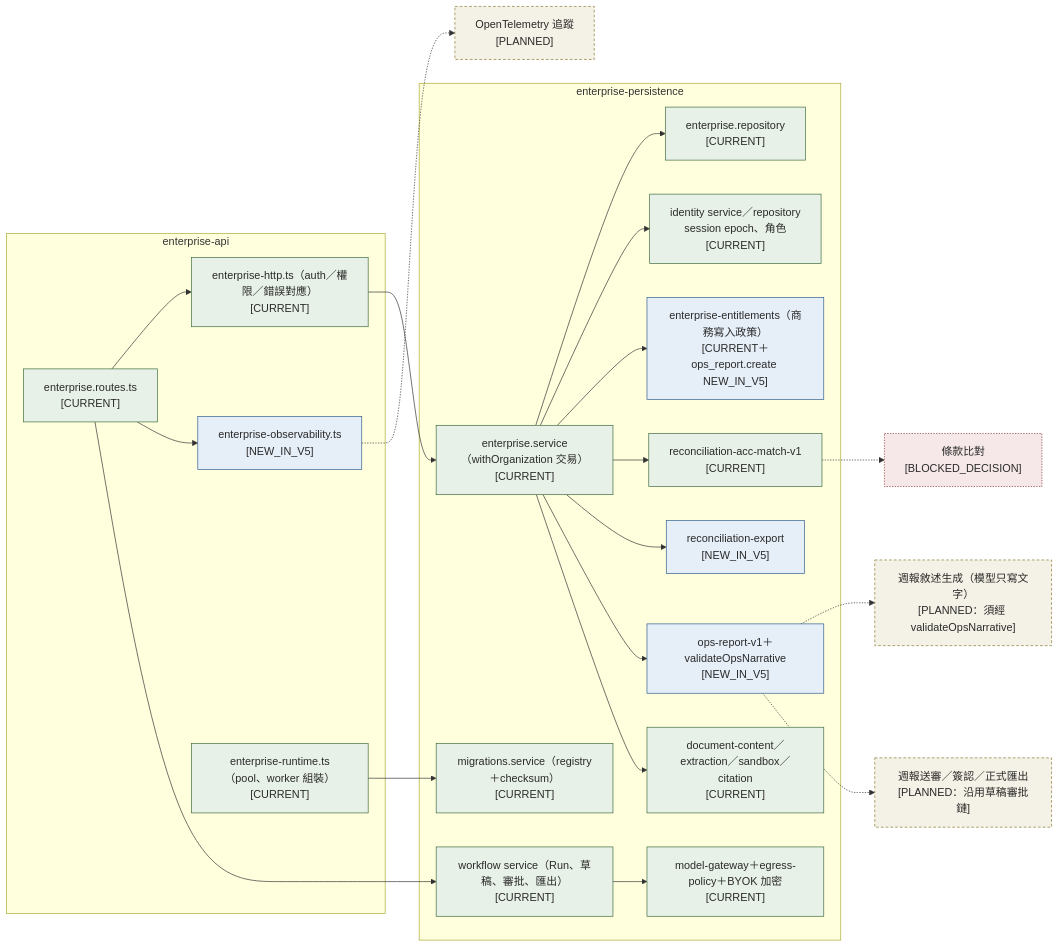
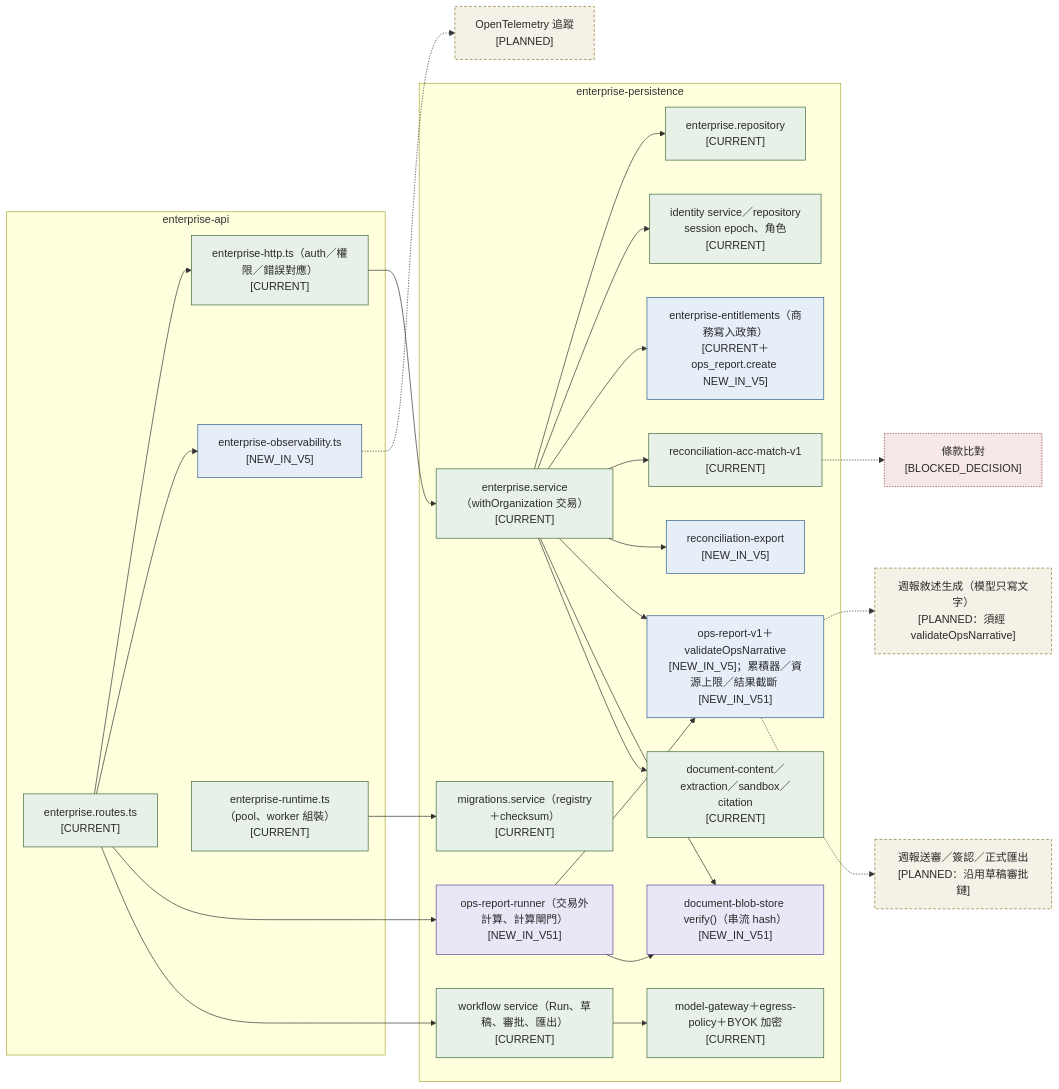
One commit to hades60414-sys/DHC-AI-SYSTEM changed the diagram in web-ui/docs/enterprise/architecture/TARGET_BACKEND_COMPONENTS.mmd. Above: the diagram before and after it, drawn with Mermaid. The commit also changed 11 other files, not shown here.

First line of the commit message:
docs(enterprise): V5.1 architecture delta and roadmap (NEW_IN_V51)

```diff
--- a/web-ui/docs/enterprise/architecture/TARGET_BACKEND_COMPONENTS.mmd
+++ b/web-ui/docs/enterprise/architecture/TARGET_BACKEND_COMPONENTS.mmd
@@ -1,46 +1,52 @@
 %% 後端元件（目標狀態）。實線＝已存在；虛線＝規劃中或待決策。
 flowchart LR
   classDef current fill:#e8f1e8,stroke:#3d6b3d,color:#2A2A2A
   classDef newv5 fill:#e6eef8,stroke:#2f5d8a,color:#2A2A2A
+  classDef newv51 fill:#e9e6f6,stroke:#5a4a9a,color:#2A2A2A
   classDef planned fill:#f4f1e6,stroke:#8a7a2f,color:#2A2A2A,stroke-dasharray:4 3
   classDef blocked fill:#f6e8e8,stroke:#8a2f2f,color:#2A2A2A,stroke-dasharray:2 2
 
   subgraph apiLayer["enterprise-api"]
     routes["enterprise.routes.ts<br/>[CURRENT]"]:::current
     auth["enterprise-http.ts（auth／權限／錯誤對應）<br/>[CURRENT]"]:::current
     observ["enterprise-observability.ts<br/>[NEW_IN_V5]"]:::newv5
     runtime["enterprise-runtime.ts（pool、worker 組裝）<br/>[CURRENT]"]:::current
   end
   subgraph persistence["enterprise-persistence"]
     identity["identity service／repository<br/>session epoch、角色<br/>[CURRENT]"]:::current
     service["enterprise.service（withOrganization 交易）<br/>[CURRENT]"]:::current
     repo["enterprise.repository<br/>[CURRENT]"]:::current
     entitle["enterprise-entitlements（商務寫入政策）<br/>[CURRENT＋ops_report.create NEW_IN_V5]"]:::newv5
     workflow["workflow service（Run、草稿、審批、匯出）<br/>[CURRENT]"]:::current
     gateway["model-gateway＋egress-policy＋BYOK 加密<br/>[CURRENT]"]:::current
     docs["document-content／extraction／sandbox／citation<br/>[CURRENT]"]:::current
     acc["reconciliation-acc-match-v1<br/>[CURRENT]"]:::current
     accx["reconciliation-export<br/>[NEW_IN_V5]"]:::newv5
-    ops["ops-report-v1＋validateOpsNarrative<br/>[NEW_IN_V5]"]:::newv5
+    ops["ops-report-v1＋validateOpsNarrative<br/>[NEW_IN_V5]；累積器／資源上限／結果截斷 [NEW_IN_V51]"]:::newv5
+    runner["ops-report-runner（交易外計算、計算閘門）<br/>[NEW_IN_V51]"]:::newv51
+    blobstore["document-blob-store verify()（串流 hash）<br/>[NEW_IN_V51]"]:::newv51
     mig["migrations.service（registry＋checksum）<br/>[CURRENT]"]:::current
   end
   narrative["週報敘述生成（模型只寫文字）<br/>[PLANNED：須經 validateOpsNarrative]"]:::planned
   opsflow["週報送審／簽認／正式匯出<br/>[PLANNED：沿用草稿審批鏈]"]:::planned
   tracing["OpenTelemetry 追蹤<br/>[PLANNED]"]:::planned
   clause["條款比對<br/>[BLOCKED_DECISION]"]:::blocked
 
   routes --> auth --> service
   routes --> observ
   service --> repo
   service --> identity
   service --> entitle
   service --> acc
   service --> accx
   service --> ops
+  routes --> runner --> ops
+  runner --> blobstore
+  service --> blobstore
   routes --> workflow --> gateway
   service --> docs
   runtime --> mig
   ops -.-> narrative
   ops -.-> opsflow
   observ -.-> tracing
   acc -.-> clause
```
